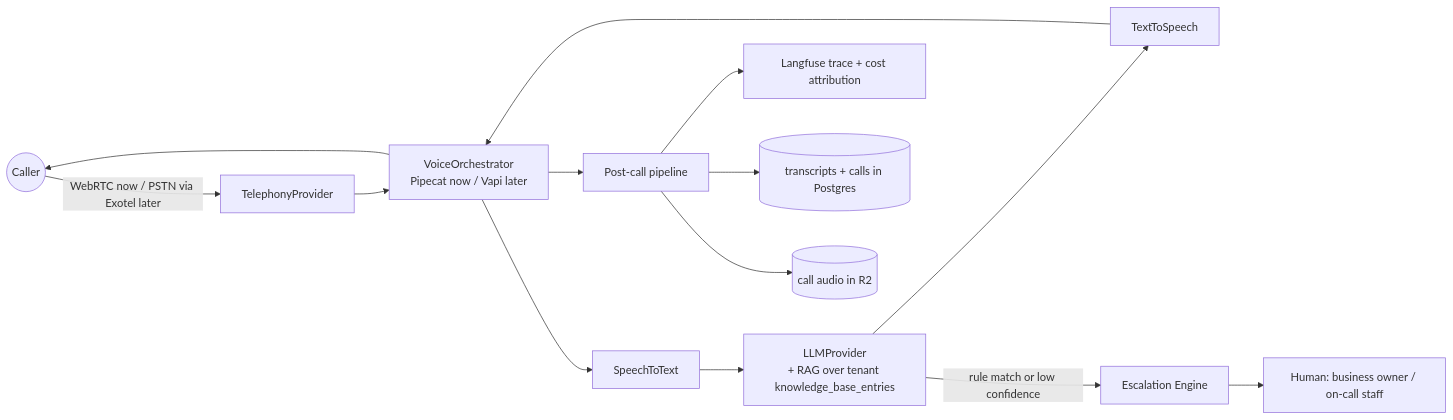
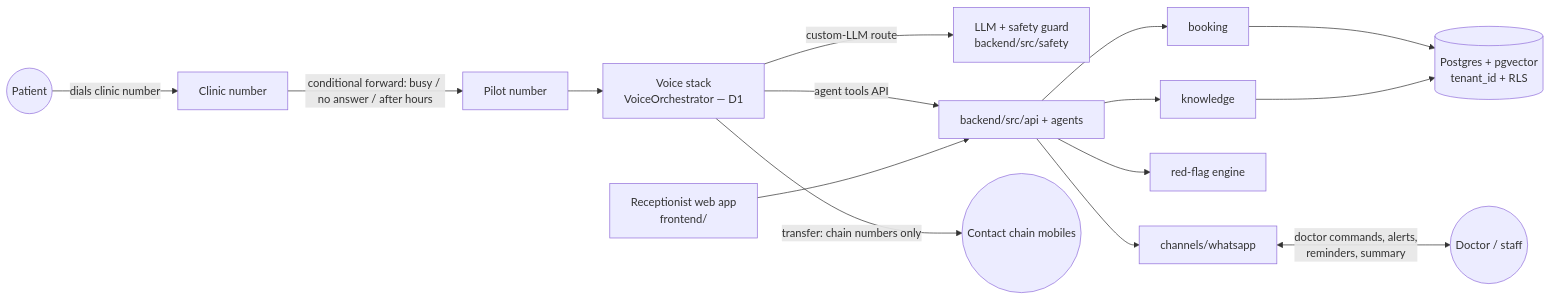
The diagram in context/architecture.md (Gangs-of-4/catalyst), drawn with Mermaid before and after one commit. The commit also changed other lines of this file and 1 other file, not shown here.

First line of the commit message:
docs(architecture): rework around clinic MVP, tag MVP/Post-MVP, fix paths

````diff
--- a/context/architecture.md
+++ b/context/architecture.md
@@ -18,19 +15,17 @@
 ```mermaid
 flowchart LR
-    Caller((Caller))
-    Caller -->|WebRTC now / PSTN via Exotel later| TP[TelephonyProvider]
-    TP --> VO[VoiceOrchestrator<br/>Pipecat now / Vapi later]
-    VO --> STT[SpeechToText]
-    STT --> LLM[LLMProvider<br/>+ RAG over tenant knowledge_base_entries]
-    LLM --> TTS[TextToSpeech]
-    TTS --> VO
-    VO --> Caller
-
-    LLM -->|rule match or low confidence| ESC[Escalation Engine]
-    ESC --> Human[Human: business owner / on-call staff]
-
-    VO --> PC[Post-call pipeline]
-    PC --> LF[Langfuse trace + cost attribution]
-    PC --> DB[(transcripts + calls in Postgres)]
-    PC --> R2[(call audio in R2)]
+    Patient((Patient)) -->|dials clinic number| Clinic[Clinic number]
+    Clinic -->|conditional forward: busy / no answer / after hours| Pilot[Pilot number]
+    Pilot --> Voice[Voice stack<br/>VoiceOrchestrator — D1]
+    Voice -->|custom-LLM route| Guard[LLM + safety guard<br/>backend/src/safety]
+    Voice -->|agent tools API| API[backend/src/api + agents]
+    API --> Booking[booking]
+    API --> Knowledge[knowledge]
+    API --> Safety[red-flag engine]
+    API --> WA[channels/whatsapp]
+    Booking --> DB[(Postgres + pgvector<br/>tenant_id + RLS)]
+    Knowledge --> DB
+    WA <-->|doctor commands, alerts,<br/>reminders, summary| Doctor((Doctor / staff))
+    Web[Receptionist web app<br/>frontend/] --> API
+    Voice -->|transfer: chain numbers only| Chain((Contact chain mobiles))
 ```
````
